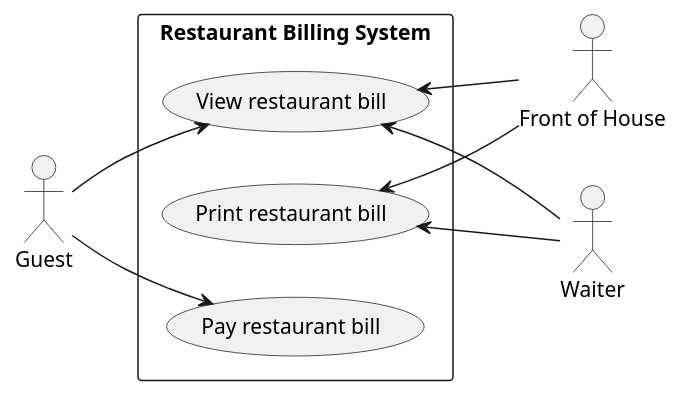
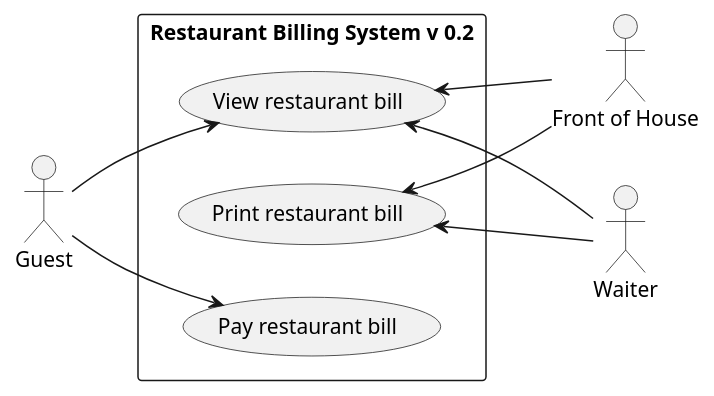
The diagram in src/main/docs/uml/use-case/restaurant/billing.puml (mrjink/molveno), drawn with PlantUML before and after one commit. The commit also changed 6 other files, not shown here.

```diff
--- a/src/main/docs/uml/use-case/restaurant/billing.puml
+++ b/src/main/docs/uml/use-case/restaurant/billing.puml
@@ -1,24 +1,24 @@
 @startuml
 
 left to right direction
 
 actor "Front of House" as FoH
 actor Guest
 actor Waiter
 
-rectangle "Restaurant Billing System" {
+rectangle "Restaurant Billing System v 0.2" {
     (View restaurant bill) as (TableBillView)
     (Pay restaurant bill) as (TableBillPay)
     (Print restaurant bill) as (TableBillPrint)
 
     Guest --> (TableBillView)
     Guest --> (TableBillPay)
 
     (TableBillView) <-- FoH
     (TableBillPrint) <-- FoH
 
     (TableBillView) <-- Waiter
     (TableBillPrint) <-- Waiter
 }
 
 @enduml
```
